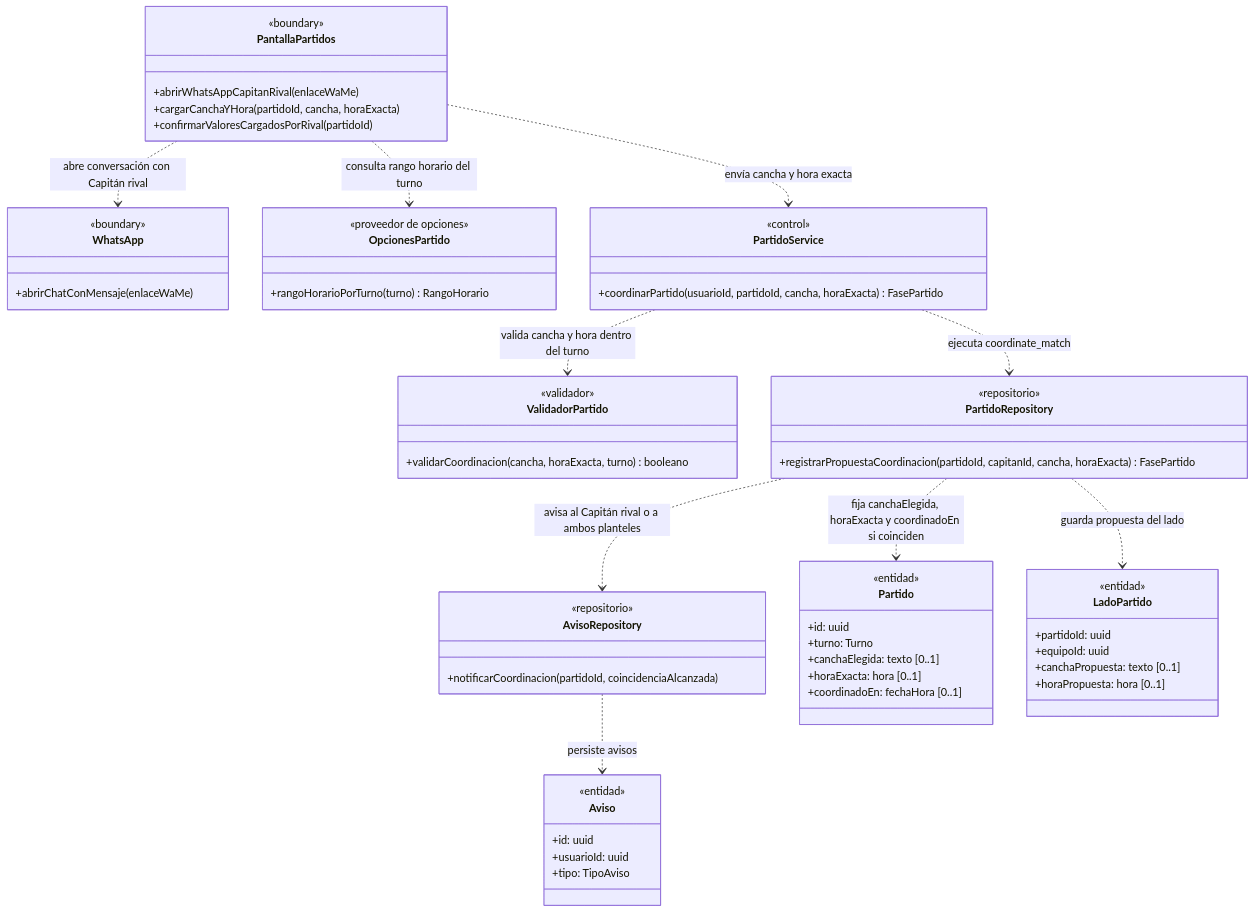
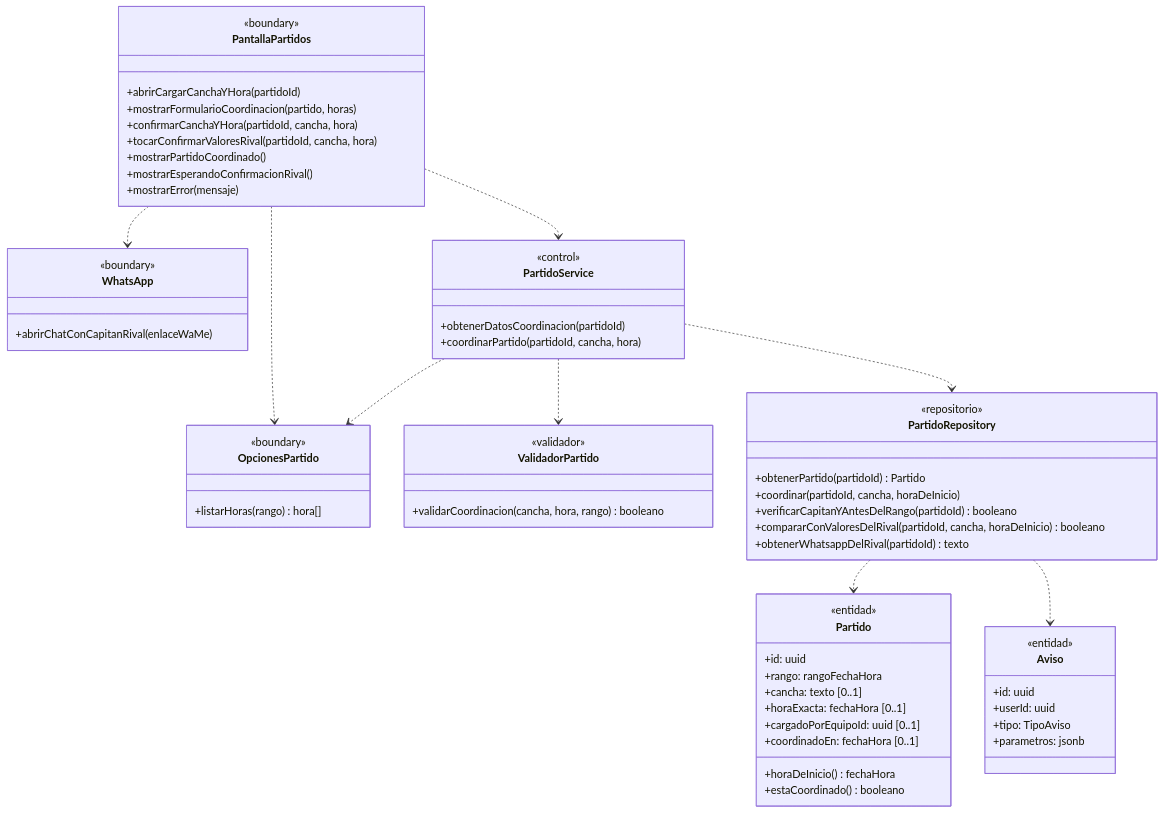
Before and after one commit to nicqletal/torneos-scraper: the eighth of 15 diagrams in docs/diagramas-de-clase/partidos.md, drawn with Mermaid. The commit also changed other lines of this file and 13 other files, not shown here.

````diff
--- a/docs/diagramas-de-clase/partidos.md
+++ b/docs/diagramas-de-clase/partidos.md
@@ -512,64 +640,64 @@
 ```mermaid
 classDiagram
-direction TB
 class PantallaPartidos {
   <<boundary>>
-  +abrirWhatsAppCapitanRival(enlaceWaMe)
-  +cargarCanchaYHora(partidoId, cancha, horaExacta)
-  +confirmarValoresCargadosPorRival(partidoId)
+  +abrirCargarCanchaYHora(partidoId)
+  +mostrarFormularioCoordinacion(partido, horas)
+  +confirmarCanchaYHora(partidoId, cancha, hora)
+  +tocarConfirmarValoresRival(partidoId, cancha, hora)
+  +mostrarPartidoCoordinado()
+  +mostrarEsperandoConfirmacionRival()
+  +mostrarError(mensaje)
+}
+class OpcionesPartido {
+  <<boundary>>
+  +listarHoras(rango) hora[]
 }
 class WhatsApp {
   <<boundary>>
-  +abrirChatConMensaje(enlaceWaMe)
-}
-class OpcionesPartido {
-  <<proveedor de opciones>>
-  +rangoHorarioPorTurno(turno) RangoHorario
+  +abrirChatConCapitanRival(enlaceWaMe)
 }
 class PartidoService {
   <<control>>
-  +coordinarPartido(usuarioId, partidoId, cancha, horaExacta) FasePartido
+  +obtenerDatosCoordinacion(partidoId)
+  +coordinarPartido(partidoId, cancha, hora)
 }
 class ValidadorPartido {
   <<validador>>
-  +validarCoordinacion(cancha, horaExacta, turno) booleano
+  +validarCoordinacion(cancha, hora, rango) booleano
 }
 class PartidoRepository {
   <<repositorio>>
-  +registrarPropuestaCoordinacion(partidoId, capitanId, cancha, horaExacta) FasePartido
-}
-class AvisoRepository {
-  <<repositorio>>
-  +notificarCoordinacion(partidoId, coincidenciaAlcanzada)
+  +obtenerPartido(partidoId) Partido
+  +coordinar(partidoId, cancha, horaDeInicio)
+  +verificarCapitanYAntesDelRango(partidoId) booleano
+  +compararConValoresDelRival(partidoId, cancha, horaDeInicio) booleano
+  +obtenerWhatsappDelRival(partidoId) texto
 }
 class Partido {
   <<entidad>>
   +id: uuid
-  +turno: Turno
-  +canchaElegida: texto [0..1]
-  +horaExacta: hora [0..1]
+  +rango: rangoFechaHora
+  +cancha: texto [0..1]
+  +horaExacta: fechaHora [0..1]
+  +cargadoPorEquipoId: uuid [0..1]
   +coordinadoEn: fechaHora [0..1]
-}
-class LadoPartido {
-  <<entidad>>
-  +partidoId: uuid
-  +equipoId: uuid
-  +canchaPropuesta: texto [0..1]
-  +horaPropuesta: hora [0..1]
+  +horaDeInicio() fechaHora
+  +estaCoordinado() booleano
 }
 class Aviso {
   <<entidad>>
   +id: uuid
-  +usuarioId: uuid
+  +userId: uuid
   +tipo: TipoAviso
+  +parametros: jsonb
 }
-PantallaPartidos ..> WhatsApp : abre conversación con Capitán rival
-PantallaPartidos ..> OpcionesPartido : consulta rango horario del turno
-PantallaPartidos ..> PartidoService : envía cancha y hora exacta
-PartidoService ..> ValidadorPartido : valida cancha y hora dentro del turno
-PartidoService ..> PartidoRepository : ejecuta coordinate_match
-PartidoRepository ..> LadoPartido : guarda propuesta del lado
-PartidoRepository ..> Partido : fija canchaElegida, horaExacta y coordinadoEn si coinciden
-PartidoRepository ..> AvisoRepository : avisa al Capitán rival o a ambos planteles
-AvisoRepository ..> Aviso : persiste avisos
+PantallaPartidos ..> OpcionesPartido
+PantallaPartidos ..> WhatsApp
+PantallaPartidos ..> PartidoService
+PartidoService ..> OpcionesPartido
+PartidoService ..> ValidadorPartido
+PartidoService ..> PartidoRepository
+PartidoRepository ..> Partido
+PartidoRepository ..> Aviso
 ```
````
